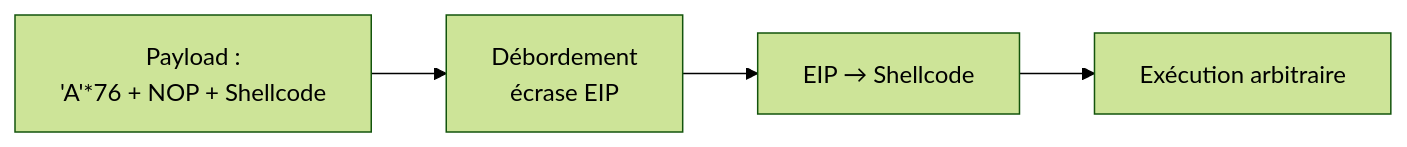
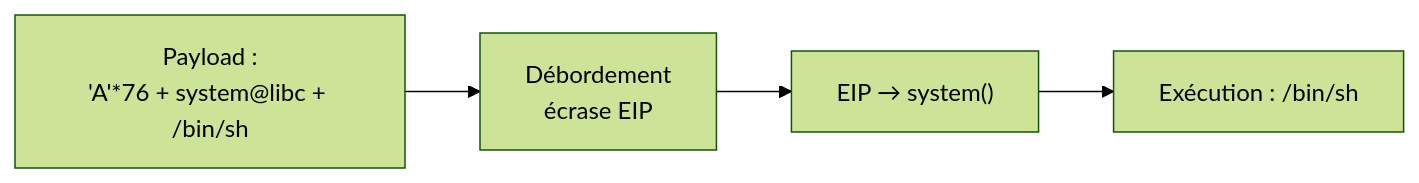
The first of 3 diagrams in JOUR-03-vulnerabilites-avancees-contournement-protections.md (yugmerabtene/techniques-de-hacking-niveau-1), drawn with Mermaid (forest theme) before and after one commit. The commit also changed other lines of this file and 5 other files, not shown here.

````diff
--- a/JOUR-03-vulnerabilites-avancees-contournement-protections.md
+++ b/JOUR-03-vulnerabilites-avancees-contournement-protections.md
@@ -48,6 +48,6 @@
 ```mermaid
 flowchart LR
-    A["Payload :<br/>'A'*76 + NOP + Shellcode"] --> B["Débordement<br/>écrase EIP"]
-    B --> C["EIP → Shellcode"]
-    C --> D["Exécution arbitraire"]
+    A["Payload :<br/>'A'*76 + system@libc + /bin/sh"] --> B["Débordement<br/>écrase EIP"]
+    B --> C["EIP → system()"]
+    C --> D["Exécution : /bin/sh"]
 ```
````
